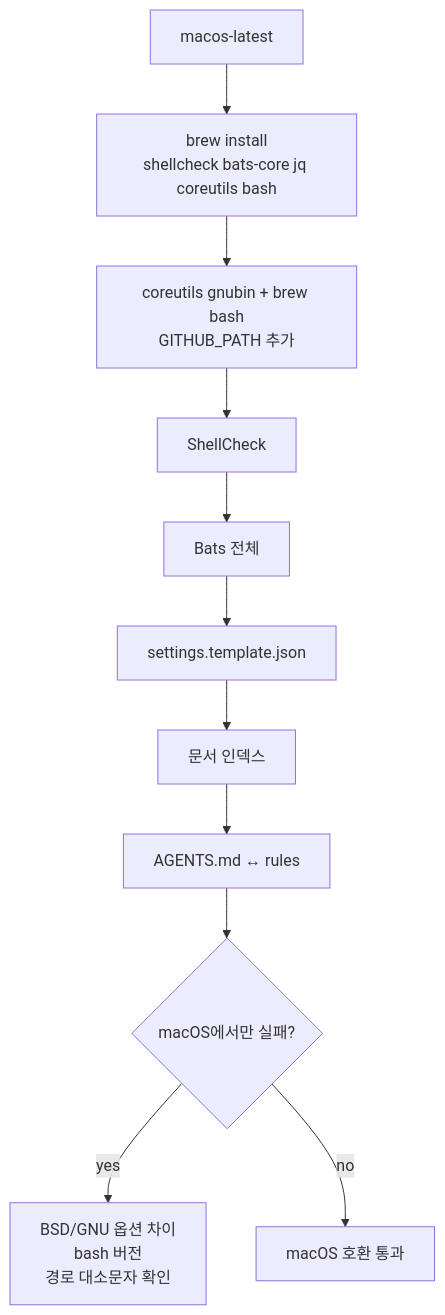
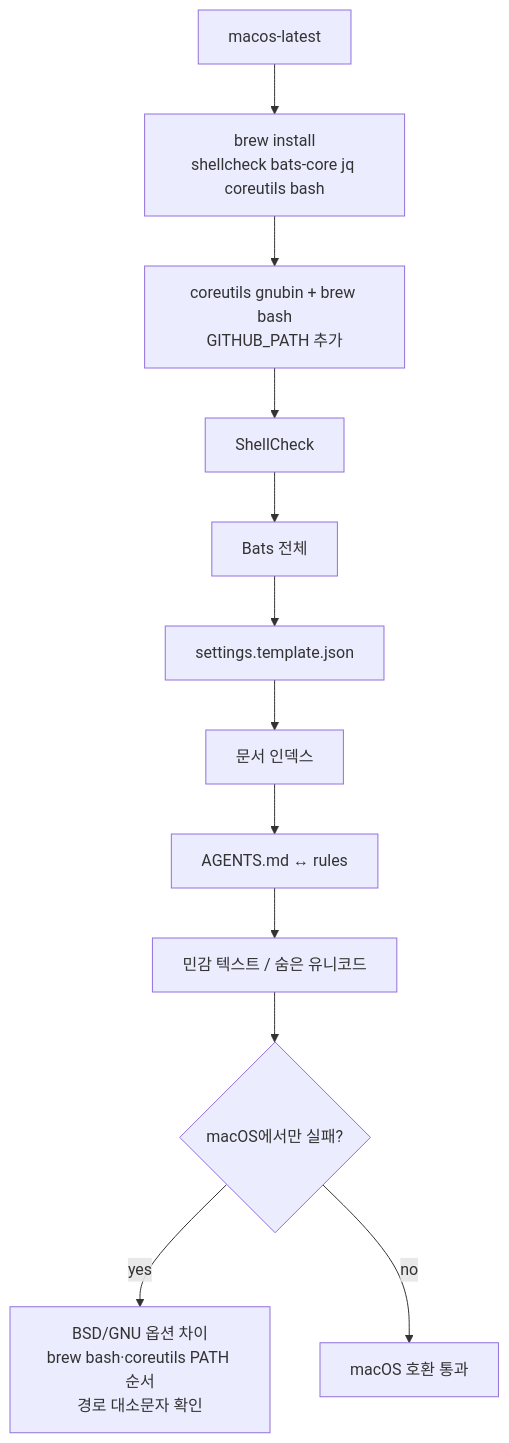
One commit to jomarusoup/Arachne changed the eighth of 10 diagrams in docs/CI.md. Above: the diagram before and after it, drawn with Mermaid. The commit also changed other lines of this file and 18 other files, not shown here.

````diff
--- a/docs/CI.md
+++ b/docs/CI.md
@@ -296,13 +328,14 @@
 ```mermaid
 flowchart TB
     A["macos-latest"] --> B["brew install<br/>shellcheck bats-core jq coreutils bash"]
     B --> C["coreutils gnubin + brew bash<br/>GITHUB_PATH 추가"]
     C --> D["ShellCheck"]
     D --> E["Bats 전체"]
     E --> F["settings.template.json"]
     F --> G["문서 인덱스"]
     G --> H["AGENTS.md ↔ rules"]
-    H --> I{"macOS에서만 실패?"}
-    I -->|yes| J["BSD/GNU 옵션 차이<br/>bash 버전<br/>경로 대소문자 확인"]
+    H --> S["민감 텍스트 / 숨은 유니코드"]
+    S --> I{"macOS에서만 실패?"}
+    I -->|yes| J["BSD/GNU 옵션 차이<br/>brew bash·coreutils PATH 순서<br/>경로 대소문자 확인"]
     I -->|no| K["macOS 호환 통과"]
 ```
````
